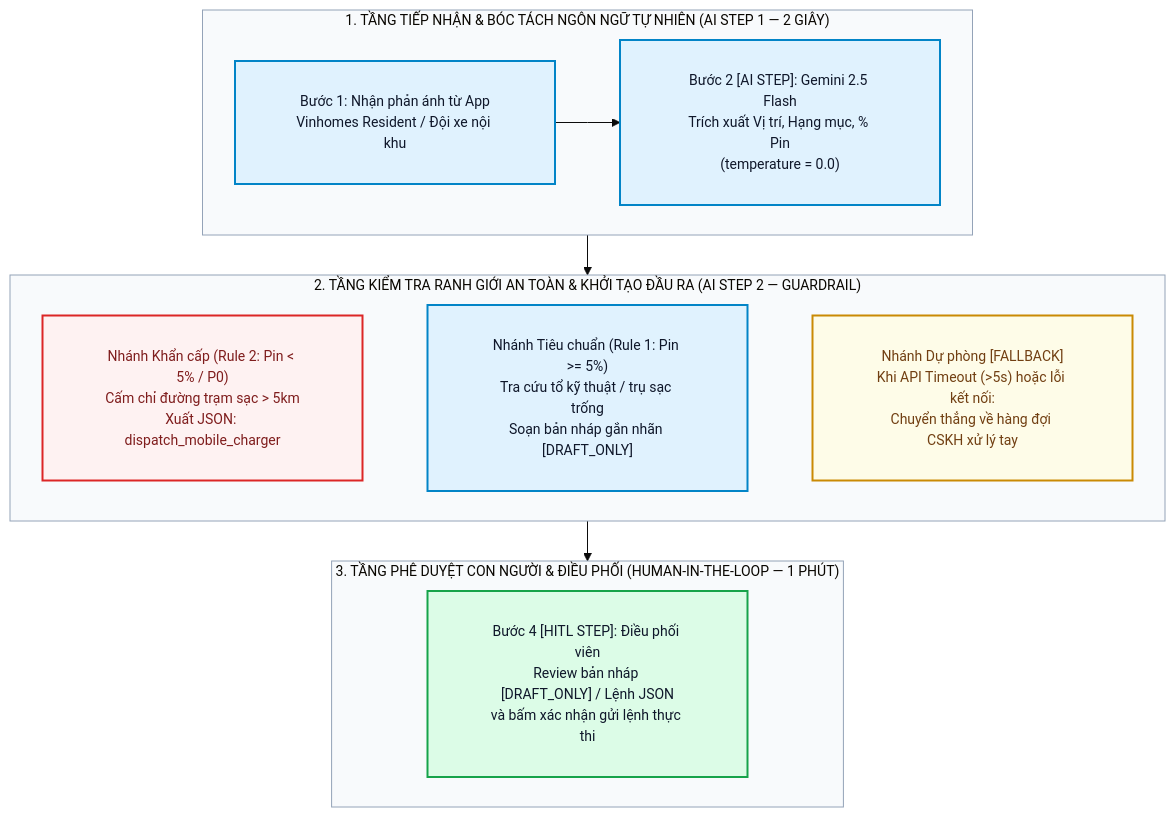
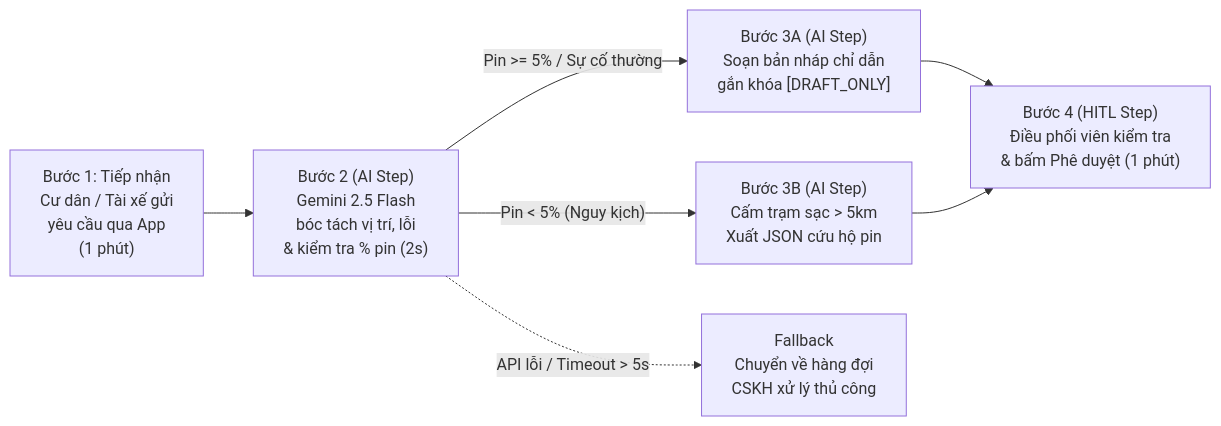
The diagram in 02-deep-dive-report.md (xtraiter/VinUni_Codelab_Day02), drawn with Mermaid before and after one commit. The commit also changed other lines of this file and 3 other files, not shown here.

Commit message:
Docs: Clean engineering layout and redraw 04-workflow-diagram with zero overlap

````diff
--- a/02-deep-dive-report.md
+++ b/02-deep-dive-report.md
@@ -159,46 +61,9 @@
 ```mermaid
-%%{init: {
-  "theme": "base",
-  "themeVariables": {
-    "fontFamily": "Segoe UI, system-ui, sans-serif",
-    "clusterBkg": "#f8fafc",
-    "clusterBorder": "#94a3b8",
-    "clusterTextColor": "#0f172a",
-    "fontSize": "14px"
-  },
-  "flowchart": {
-    "padding": 30,
-    "nodeSpacing": 40,
-    "rankSpacing": 40,
-    "curve": "linear"
-  }
-}}%%
-flowchart TB
-    classDef aiStep fill:#e0f2fe,stroke:#0284c7,stroke-width:2px,color:#0f172a
-    classDef hitlStep fill:#dcfce7,stroke:#16a34a,stroke-width:2px,color:#0f172a
-    classDef critStep fill:#fef2f2,stroke:#dc2626,stroke-width:2px,color:#7f1d1d
-    classDef fallbackStep fill:#fefce8,stroke:#ca8a04,stroke-width:2px,color:#713f12
-
-    subgraph T1 ["1. TẦNG TIẾP NHẬN & BÓC TÁCH NGÔN NGỮ TỰ NHIÊN (AI STEP 1 — 2 GIÂY)"]
-        direction LR
-        IN["Bước 1: Nhận phản ánh từ App<br/>Vinhomes Resident / Đội xe nội khu"]:::aiStep
-        NLP["Bước 2 [AI STEP]: Gemini 2.5 Flash<br/>Trích xuất Vị trí, Hạng mục, % Pin<br/>(temperature = 0.0)"]:::aiStep
-        IN --> NLP
-    end
-
-    subgraph T2 ["2. TẦNG KIỂM TRA RANH GIỚI AN TOÀN & KHỞI TẠO ĐẦU RA (AI STEP 2 — GUARDRAIL)"]
-        direction LR
-        RULE2["Nhánh Khẩn cấp (Rule 2: Pin < 5% / P0)<br/>Cấm chỉ đường trạm sạc > 5km<br/>Xuất JSON: dispatch_mobile_charger"]:::critStep
-        RULE1["Nhánh Tiêu chuẩn (Rule 1: Pin >= 5%)<br/>Tra cứu tổ kỹ thuật / trụ sạc trống<br/>Soạn bản nháp gắn nhãn [DRAFT_ONLY]"]:::aiStep
-        FB["Nhánh Dự phòng [FALLBACK]<br/>Khi API Timeout (>5s) hoặc lỗi kết nối:<br/>Chuyển thẳng về hàng đợi CSKH xử lý tay"]:::fallbackStep
-        RULE2 ~~~ RULE1 ~~~ FB
-    end
-
-    subgraph T3 ["3. TẦNG PHÊ DUYỆT CON NGƯỜI & ĐIỀU PHỐI (HUMAN-IN-THE-LOOP — 1 PHÚT)"]
-        direction LR
-        HITL["Bước 4 [HITL STEP]: Điều phối viên<br/>Review bản nháp [DRAFT_ONLY] / Lệnh JSON<br/>và bấm xác nhận gửi lệnh thực thi"]:::hitlStep
-    end
-
-    T1 --> T2
-    T2 --> T3
+flowchart LR
+    A["Bước 1: Tiếp nhận<br/>Cư dân / Tài xế gửi<br/>yêu cầu qua App<br/>(1 phút)"] --> B["Bước 2 (AI Step)<br/>Gemini 2.5 Flash<br/>bóc tách vị trí, lỗi<br/>& kiểm tra % pin (2s)"]
+    B -->|"Pin >= 5% / Sự cố thường"| C["Bước 3A (AI Step)<br/>Soạn bản nháp chỉ dẫn<br/>gắn khóa [DRAFT_ONLY]"]
+    B -->|"Pin < 5% (Nguy kịch)"| D["Bước 3B (AI Step)<br/>Cấm trạm sạc > 5km<br/>Xuất JSON cứu hộ pin"]
+    B -.->|"API lỗi / Timeout > 5s"| E["Fallback<br/>Chuyển về hàng đợi<br/>CSKH xử lý thủ công"]
+    C --> F["Bước 4 (HITL Step)<br/>Điều phối viên kiểm tra<br/>& bấm Phê duyệt (1 phút)"]
+    D --> F
 ```
````
